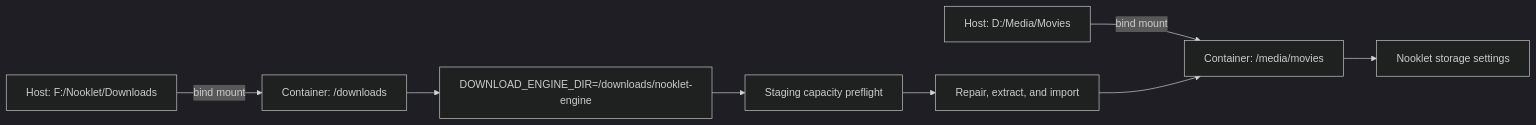
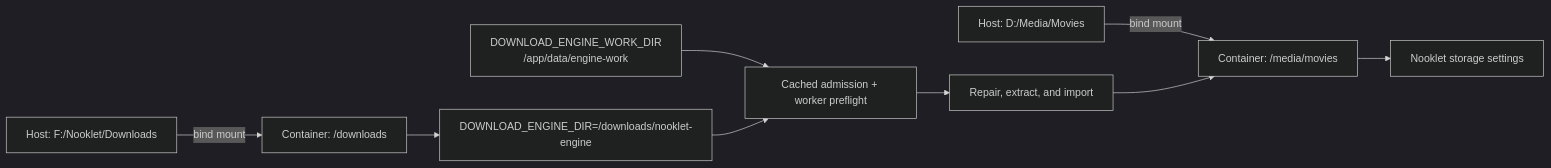
One commit to TannerMidd/Nooklet changed the diagram in docs/wiki/Storage-and-Path-Mapping.md. Above: the diagram before and after it, drawn with Mermaid (dark theme). The commit also changed other lines of this file and 105 other files, not shown here.

````diff
--- a/docs/wiki/Storage-and-Path-Mapping.md
+++ b/docs/wiki/Storage-and-Path-Mapping.md
@@ -12,10 +13,11 @@
 ```mermaid
 flowchart LR
     H1["Host: D:/Media/Movies"] -->|"bind mount"| C1["Container: /media/movies"]
     H2["Host: F:/Nooklet/Downloads"] -->|"bind mount"| C2["Container: /downloads"]
     C1 --> UI["Nooklet storage settings"]
     C2 --> ENV["DOWNLOAD_ENGINE_DIR=/downloads/nooklet-engine"]
-    ENV --> PRE["Staging capacity preflight"]
+    WORK["DOWNLOAD_ENGINE_WORK_DIR\n/app/data/engine-work"] --> PRE["Cached admission + worker preflight"]
+    ENV --> PRE
     PRE --> IMP["Repair, extract, and import"]
     IMP --> C1
 ```
````
